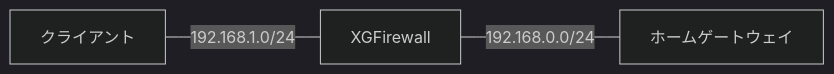
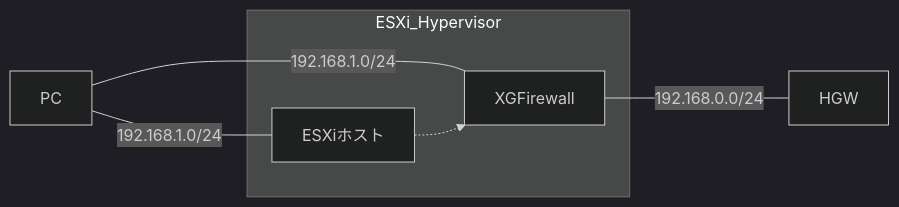
One commit to yoshi0808/new-technology changed the diagram in source/_posts/InstallXG2.md. Above: the diagram before and after it, drawn with Mermaid (dark theme). The commit also changed other lines of this file and 9 other files, not shown here.

```diff
--- a/source/_posts/InstallXG2.md
+++ b/source/_posts/InstallXG2.md
@@ -28,4 +27,8 @@
 {% mermaid graph LR %}
-  クライアント-- "192.168.1.0/24" ---XGFirewall
-  XGFirewall-- "192.168.0.0/24" ---ホームゲートウェイ
+  PC-- "192.168.1.0/24" ---XGFirewall
+  PC-- "192.168.1.0/24" ---ESXiホスト
+  subgraph ESXi_Hypervisor
+  ESXiホスト-.->XGFirewall
+  end
+  XGFirewall-- "192.168.0.0/24" ---HGW
  {% endmermaid %}
```
